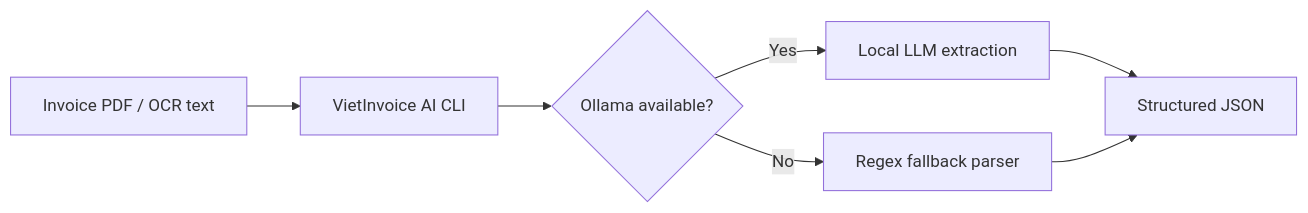
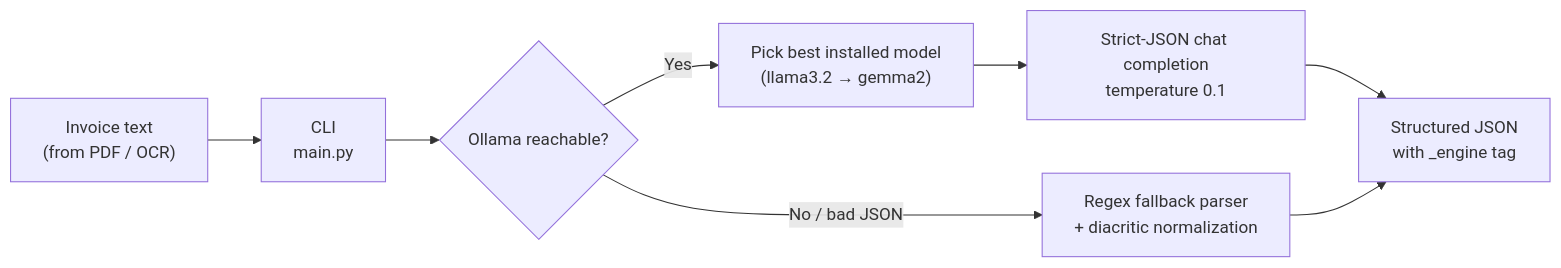
Before and after one commit to DucMinhNe/viet-invoice-ai: the diagram in README.md, drawn with Mermaid. The commit also changed other lines of this file, not shown here.

````diff
--- a/README.md
+++ b/README.md
@@ -41,9 +45,10 @@
 ```mermaid
 flowchart LR
-    A["Invoice PDF / OCR text"] --> B["VietInvoice AI CLI"]
-    B --> C{"Ollama available?"}
-    C -->|Yes| D["Local LLM extraction"]
-    C -->|No| E["Regex fallback parser"]
-    D --> F["Structured JSON"]
-    E --> F["Structured JSON"]
+    A["Invoice text<br/>(from PDF / OCR)"] --> B["CLI<br/>main.py"]
+    B --> C{"Ollama reachable?"}
+    C -->|Yes| D["Pick best installed model<br/>(llama3.2 → gemma2)"]
+    D --> E["Strict-JSON chat completion<br/>temperature 0.1"]
+    C -->|"No / bad JSON"| F["Regex fallback parser<br/>+ diacritic normalization"]
+    E --> G["Structured JSON<br/>with _engine tag"]
+    F --> G
 ```
````
